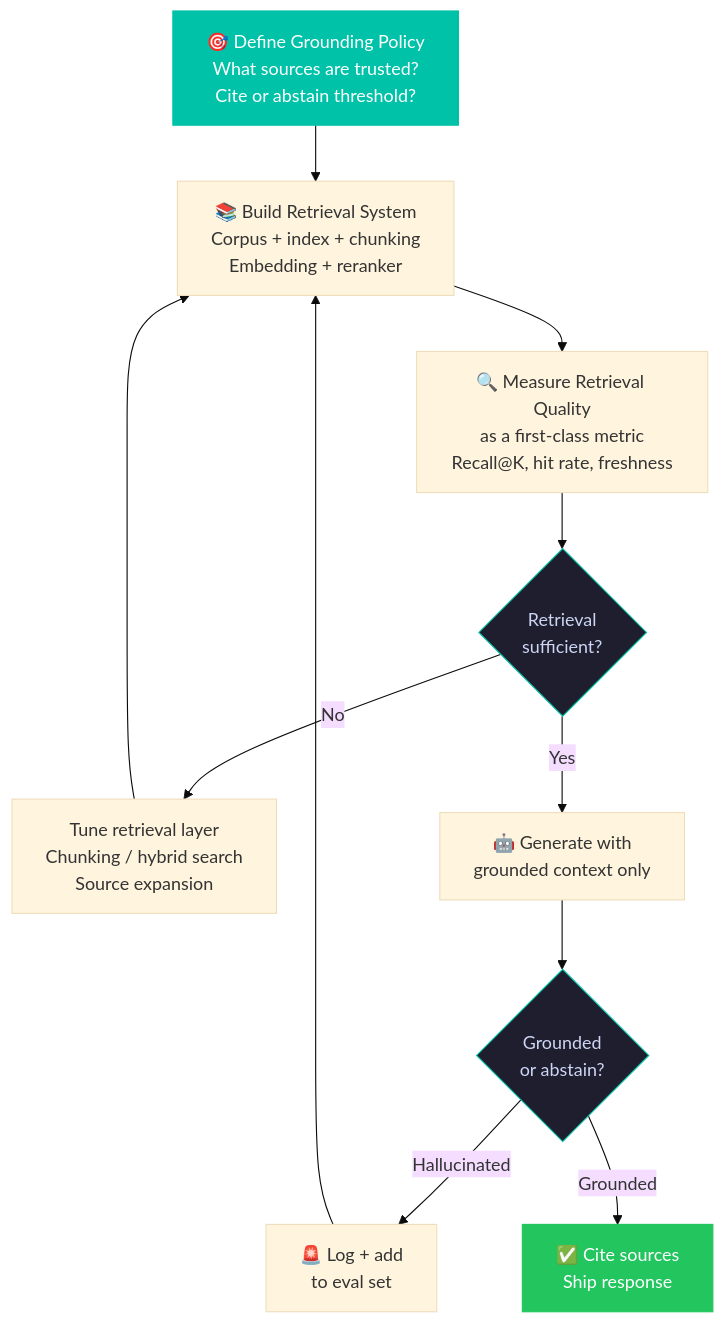
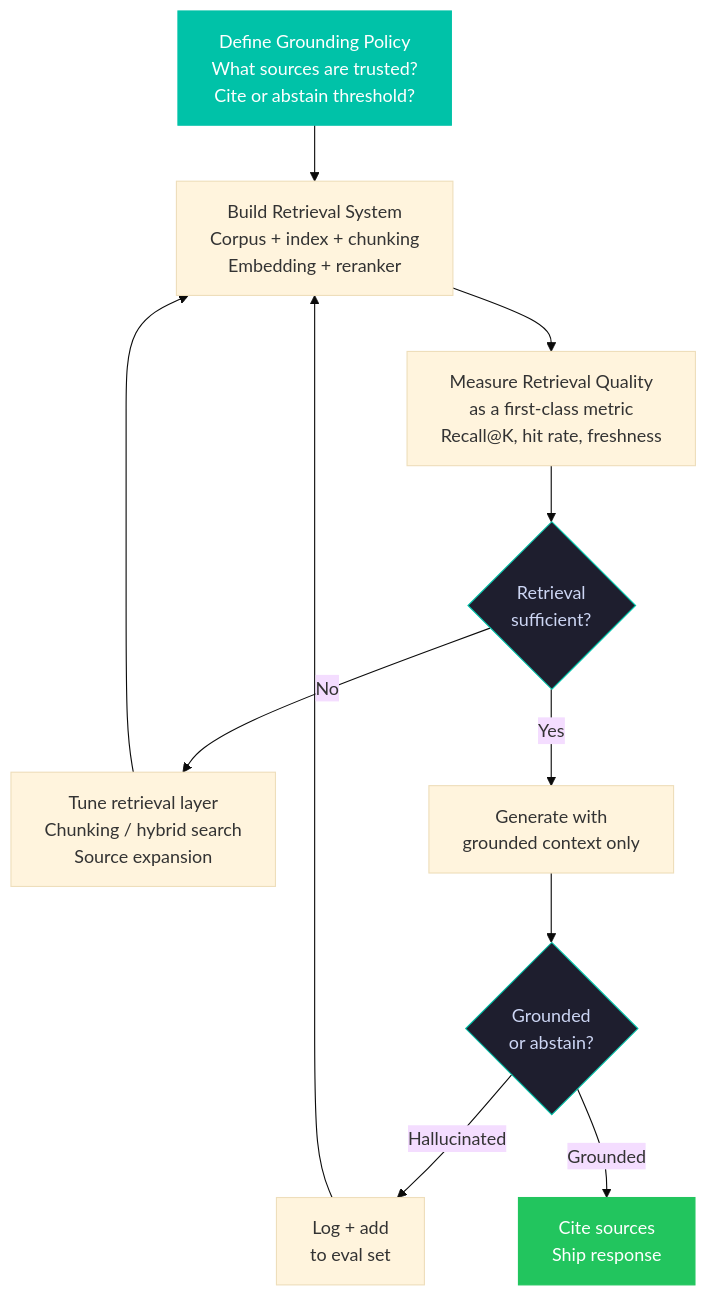
One commit to nicolad/vadim.blog changed the second of 10 diagrams in blog/2026/02-18-ai-sdlc-meta-approaches/index.md. Above: the diagram before and after it, drawn with Mermaid (base theme). The commit also changed other lines of this file, not shown here.

````diff
--- a/blog/2026/02-18-ai-sdlc-meta-approaches/index.md
+++ b/blog/2026/02-18-ai-sdlc-meta-approaches/index.md
@@ -119,18 +154,18 @@
 ```mermaid
 graph TD
-    A["🎯 Define Grounding Policy\nWhat sources are trusted?\nCite or abstain threshold?"] --> B["📚 Build Retrieval System\nCorpus + index + chunking\nEmbedding + reranker"]
-    B --> C["🔍 Measure Retrieval Quality\nas a first-class metric\nRecall@K, hit rate, freshness"]
+    A["Define Grounding Policy\nWhat sources are trusted?\nCite or abstain threshold?"] --> B["Build Retrieval System\nCorpus + index + chunking\nEmbedding + reranker"]
+    B --> C["Measure Retrieval Quality\nas a first-class metric\nRecall@K, hit rate, freshness"]
     C --> D{Retrieval\nsufficient?}
     D -- No --> E["Tune retrieval layer\nChunking / hybrid search\nSource expansion"]
     E --> B
-    D -- Yes --> F["🤖 Generate with\ngrounded context only"]
+    D -- Yes --> F["Generate with\ngrounded context only"]
     F --> G{"Grounded\nor abstain?"}
-    G -- Hallucinated --> H["🚨 Log + add\nto eval set"]
+    G -- Hallucinated --> H["Log + add\nto eval set"]
     H --> B
-    G -- Grounded --> I["✅ Cite sources\nShip response"]
+    G -- Grounded --> I["Cite sources\nShip response"]
 
     style A fill:#00c2a8,stroke:#00c2a8,color:#fff
     style I fill:#22c55e,stroke:#22c55e,color:#fff
     style D fill:#1e1e2e,stroke:#00c2a8,color:#cdd6f4
     style G fill:#1e1e2e,stroke:#00c2a8,color:#cdd6f4
 ```
````
